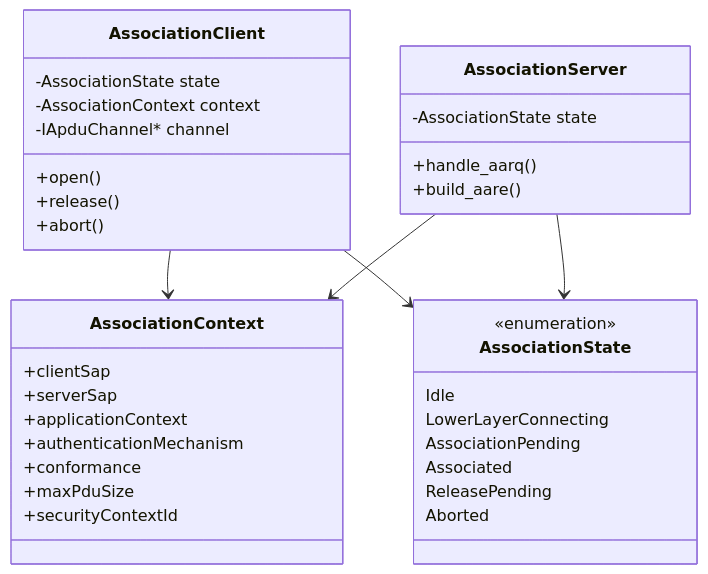
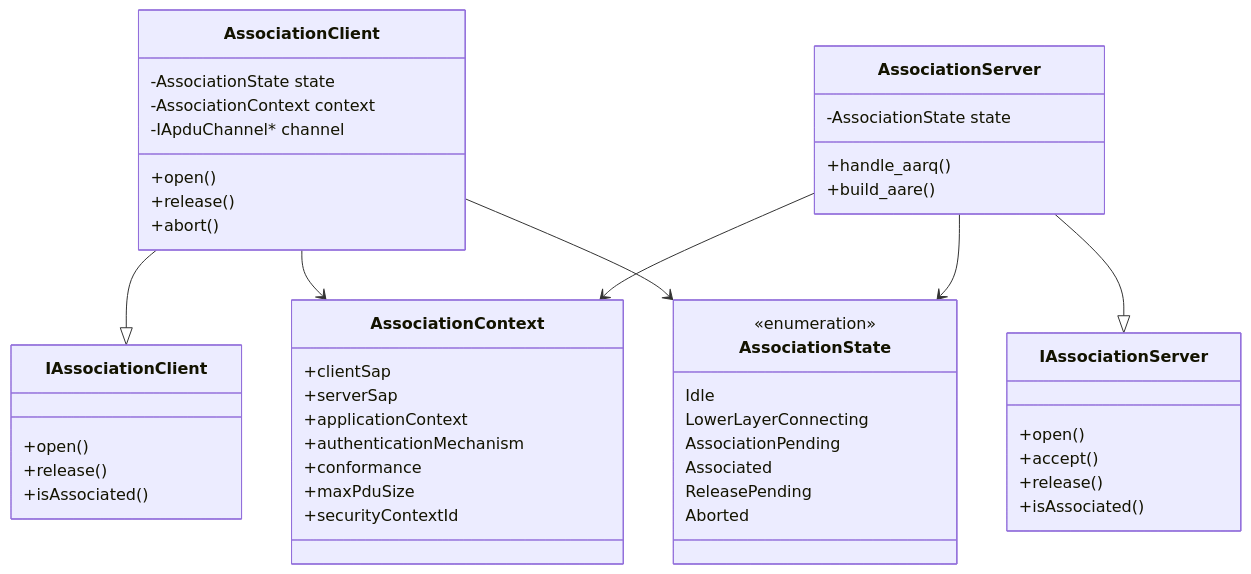
Before and after one commit to gvtret/dlms: the sixth of 12 diagrams in docs/system_architecture.md, drawn with Mermaid. The commit also changed 1 other file, not shown here.

Commit message:
docs: sync association interface architecture
Update client and system architecture diagrams to show association dependencies
through the new abstract client/server interfaces.

````diff
--- a/docs/system_architecture.md
+++ b/docs/system_architecture.md
@@ -481,42 +481,57 @@
 ```mermaid
 classDiagram
   class AssociationClient {
     -AssociationState state
     -AssociationContext context
     -IApduChannel* channel
     +open()
     +release()
     +abort()
   }
 
+  class IAssociationClient {
+    +open()
+    +release()
+    +isAssociated()
+  }
+
   class AssociationServer {
     -AssociationState state
     +handle_aarq()
     +build_aare()
+  }
+
+  class IAssociationServer {
+    +open()
+    +accept()
+    +release()
+    +isAssociated()
   }
 
   class AssociationContext {
     +clientSap
     +serverSap
     +applicationContext
     +authenticationMechanism
     +conformance
     +maxPduSize
     +securityContextId
   }
 
   class AssociationState {
     <<enumeration>>
     Idle
     LowerLayerConnecting
     AssociationPending
     Associated
     ReleasePending
     Aborted
   }
 
+  AssociationClient --|> IAssociationClient
+  AssociationServer --|> IAssociationServer
   AssociationClient --> AssociationContext
   AssociationServer --> AssociationContext
   AssociationClient --> AssociationState
   AssociationServer --> AssociationState
 ```
````
